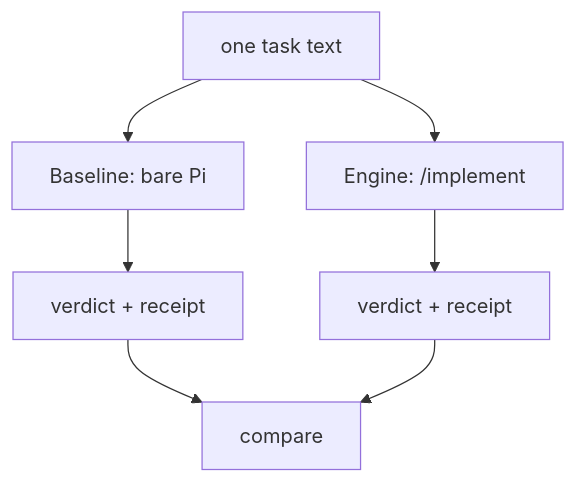
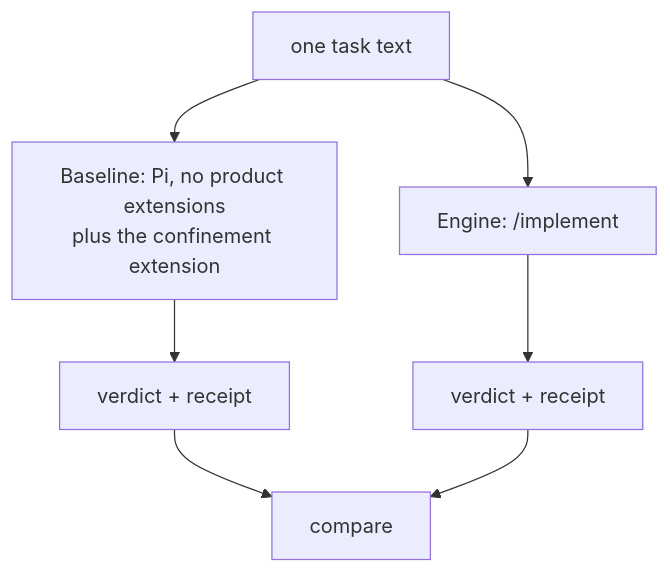
Before and after one commit to pauleveritt/satyrn-evals: the sixth of 6 diagrams in docs/user-journey.md, drawn with Mermaid. The commit also changed other lines of this file and 1 other file, not shown here.

Commit message:
docs: the user journey names Baseline as Pi with no product extensions plus the confinement extension

````diff
--- a/docs/user-journey.md
+++ b/docs/user-journey.md
@@ -401,9 +402,9 @@
 ```mermaid
 flowchart TB
-  T[one task text] --> B[Baseline: bare Pi]
+  T[one task text] --> B[Baseline: Pi, no product extensions<br/>plus the confinement extension]
   T --> E[Engine: /implement]
   B --> BV[verdict + receipt]
   E --> EV[verdict + receipt]
   BV --> C[compare]
   EV --> C
 ```
````
